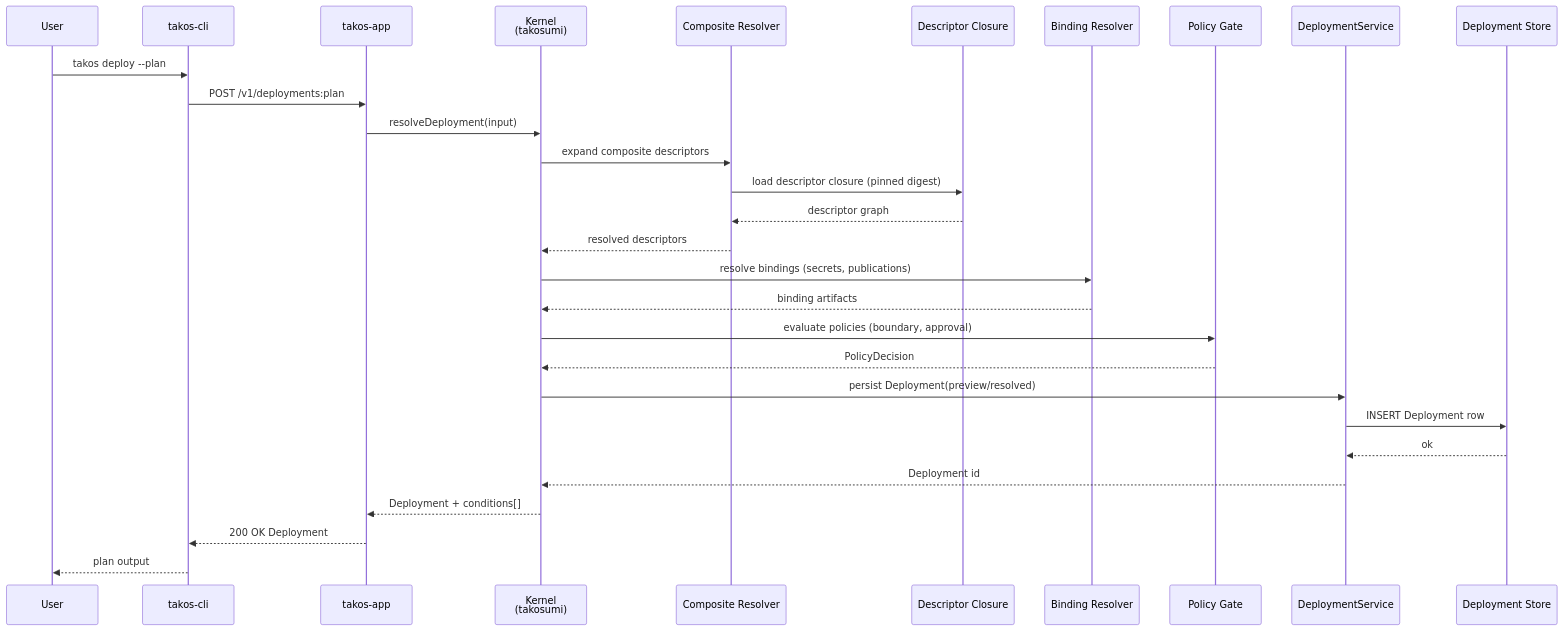
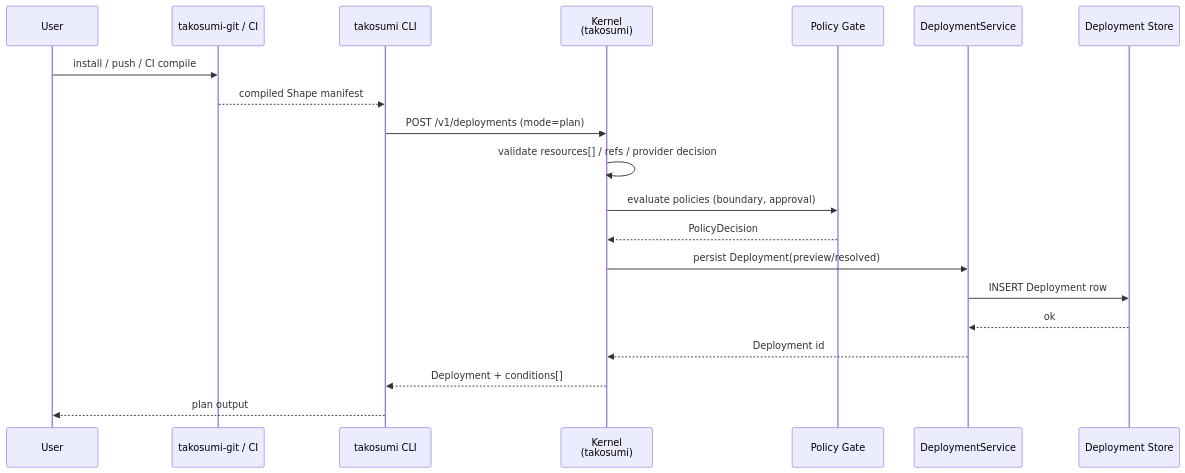
The second of 4 diagrams in docs/architecture/diagrams.md (tako0614/takos), drawn with Mermaid before and after one commit. The commit also changed other lines of this file and 183 other files, not shown here.

````diff
--- a/docs/architecture/diagrams.md
+++ b/docs/architecture/diagrams.md
@@ -70,32 +69,23 @@
 ```mermaid
 sequenceDiagram
   participant User
-  participant CLI as takos-cli
-  participant App as takos-app
+  participant Installer as takosumi-git / CI
+  participant CLI as takosumi CLI
   participant K as Kernel<br/>(takosumi)
-  participant CR as Composite Resolver
-  participant DC as Descriptor Closure
-  participant BR as Binding Resolver
   participant PG as Policy Gate
   participant DS as DeploymentService
   participant DB as Deployment Store
 
-  User->>CLI: takos deploy --plan
-  CLI->>App: POST /v1/deployments:plan
-  App->>K: resolveDeployment(input)
-  K->>CR: expand composite descriptors
-  CR->>DC: load descriptor closure (pinned digest)
-  DC-->>CR: descriptor graph
-  CR-->>K: resolved descriptors
-  K->>BR: resolve bindings (secrets, publications)
-  BR-->>K: binding artifacts
+  User->>Installer: install / push / CI compile
+  Installer-->>CLI: compiled Shape manifest
+  CLI->>K: POST /v1/deployments (mode=plan)
+  K->>K: validate resources[] / refs / provider decision
   K->>PG: evaluate policies (boundary, approval)
   PG-->>K: PolicyDecision
   K->>DS: persist Deployment(preview/resolved)
   DS->>DB: INSERT Deployment row
   DB-->>DS: ok
   DS-->>K: Deployment id
-  K-->>App: Deployment + conditions[]
-  App-->>CLI: 200 OK Deployment
+  K-->>CLI: Deployment + conditions[]
   CLI-->>User: plan output
 ```
````
